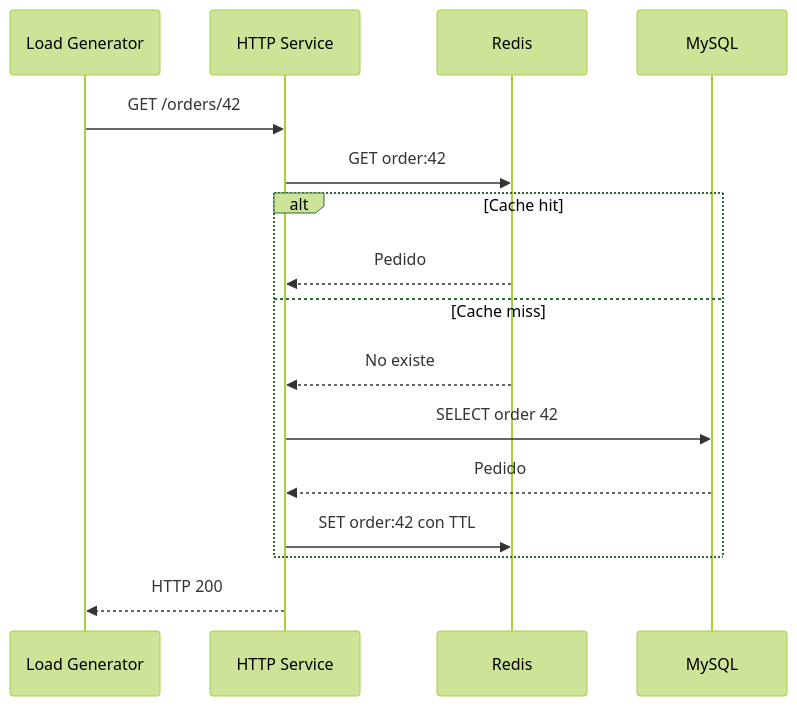
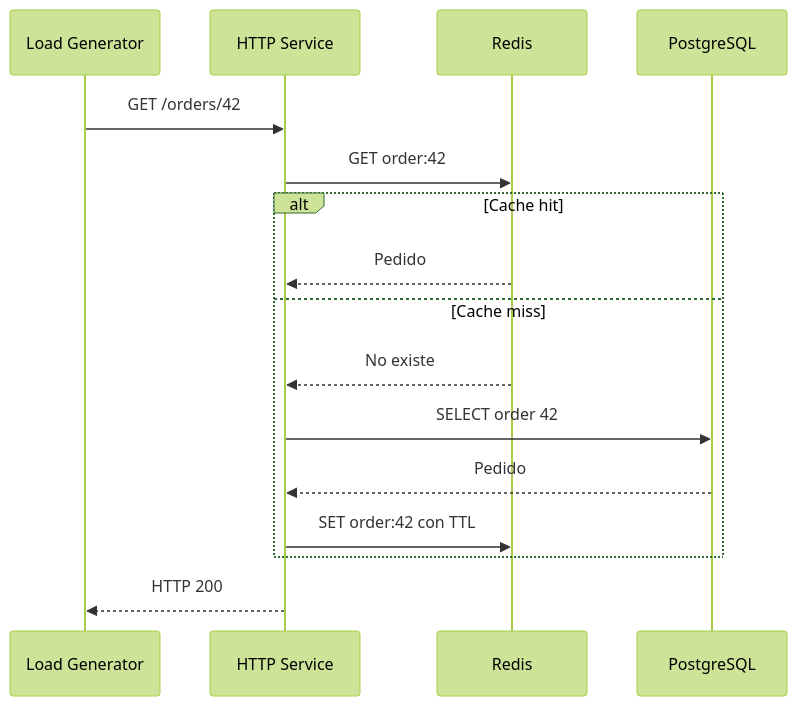
One commit to codeurjc-students/2026-INFRACTURE changed the third of 4 diagrams in docs/EXECUTION_ARCHITECTURE.md. Above: the diagram before and after it, drawn with Mermaid (forest theme). The commit also changed other lines of this file and 3 other files, not shown here.

Commit message:
feat: Update database references from MySQL to PostgreSQL and enhance documentation for start Phase 2

````diff
--- a/docs/EXECUTION_ARCHITECTURE.md
+++ b/docs/EXECUTION_ARCHITECTURE.md
@@ -369,19 +369,19 @@
 ```mermaid
 sequenceDiagram
     participant L as Load Generator
     participant H as HTTP Service
     participant R as Redis
-    participant M as MySQL
+    participant M as PostgreSQL
 
     L->>H: GET /orders/42
     H->>R: GET order:42
     alt Cache hit
         R-->>H: Pedido
     else Cache miss
         R-->>H: No existe
         H->>M: SELECT order 42
         M-->>H: Pedido
         H->>R: SET order:42 con TTL
     end
     H-->>L: HTTP 200
 ```
````
